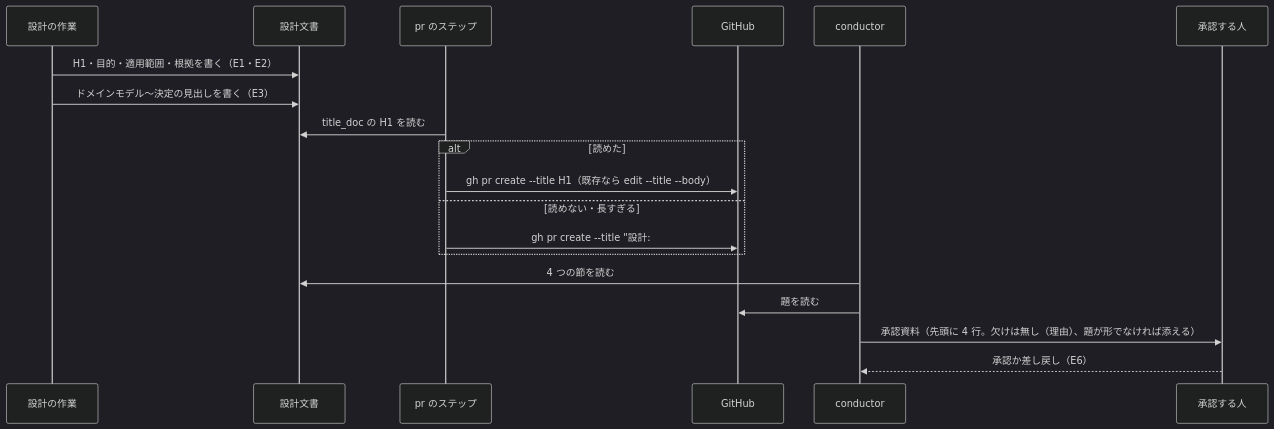
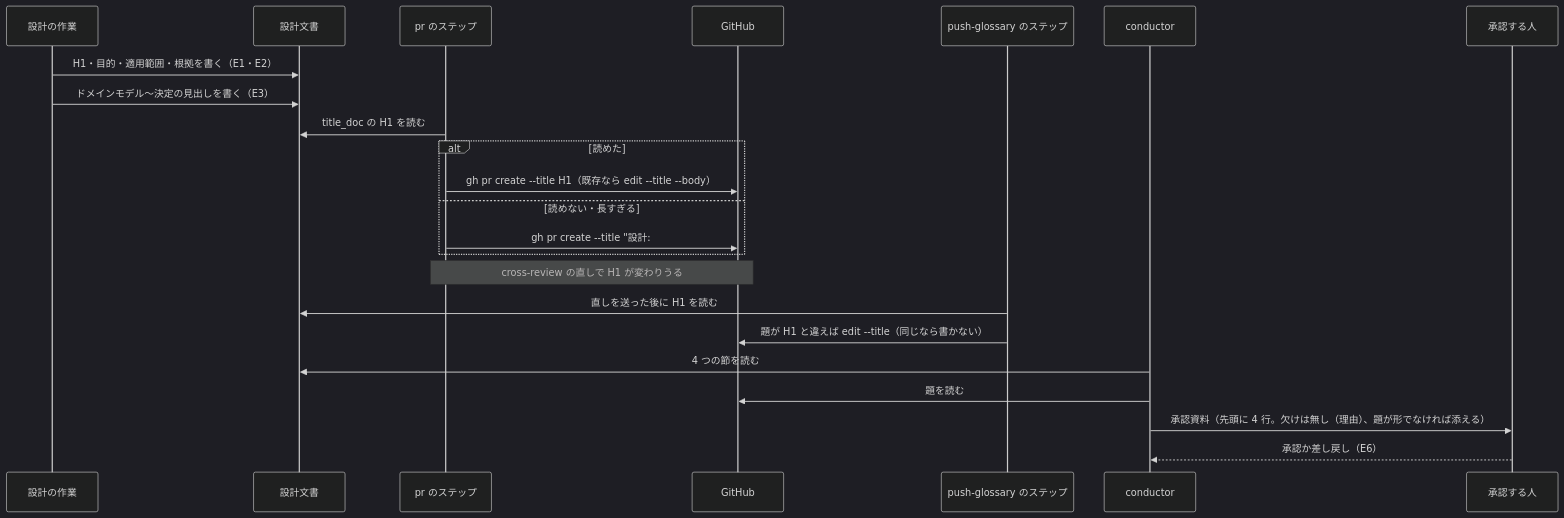
One commit to devbasex/ai-plugins changed the second of 2 diagrams in issues/issue-1289-design.md. Above: the diagram before and after it, drawn with Mermaid (dark theme). The commit also changed other lines of this file, not shown here.

````diff
--- a/issues/issue-1289-design.md
+++ b/issues/issue-1289-design.md
@@ -181,21 +196,25 @@
 ```mermaid
 sequenceDiagram
   participant Dz as 設計の作業
   participant Doc as 設計文書
   participant Pr as pr のステップ
   participant GH as GitHub
+  participant Pg as push-glossary のステップ
   participant C as conductor
   participant H as 承認する人
   Dz->>Doc: H1・目的・適用範囲・根拠を書く（E1・E2）
   Dz->>Doc: ドメインモデル〜決定の見出しを書く（E3）
   Pr->>Doc: title_doc の H1 を読む
   alt 読めた
     Pr->>GH: gh pr create --title H1（既存なら edit --title --body）
   else 読めない・長すぎる
     Pr->>GH: gh pr create --title "設計: #番号"（既存なら edit --body だけ）
   end
+  Note over Pr,GH: cross-review の直しで H1 が変わりうる
+  Pg->>Doc: 直しを送った後に H1 を読む
+  Pg->>GH: 題が H1 と違えば edit --title（同じなら書かない）
   C->>Doc: 4 つの節を読む
   C->>GH: 題を読む
   C->>H: 承認資料（先頭に 4 行。欠けは無し（理由）、題が形でなければ添える）
   H-->>C: 承認か差し戻し（E6）
 ```
````
